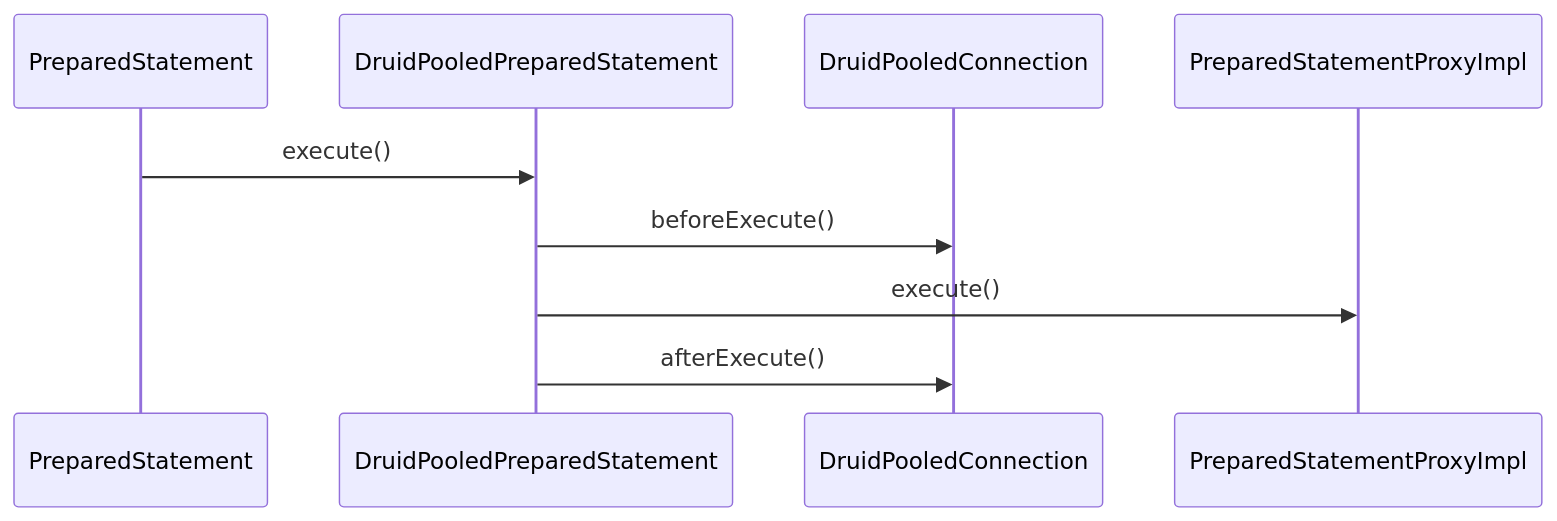
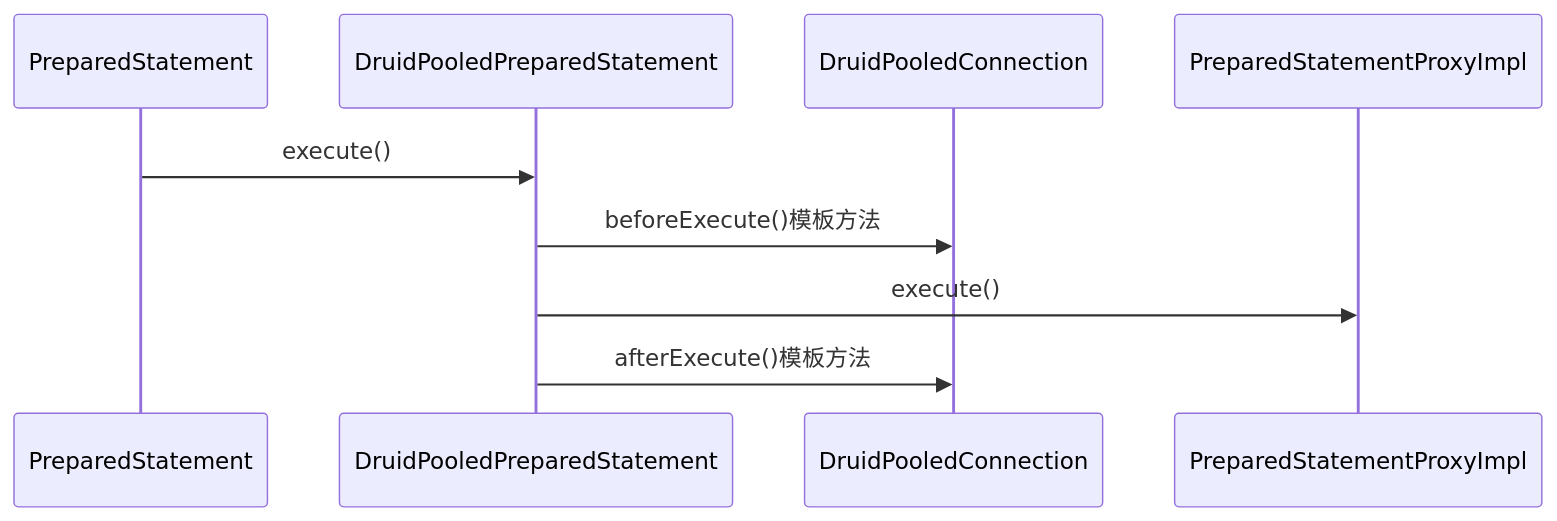
The second of 2 diagrams in docs/50-database/src/druid/pool/DruidPooledPreparedStatement.md (onlyonion/development), drawn with Mermaid before and after one commit. The commit also changed other lines of this file and 90 other files, not shown here.

````diff
--- a/docs/50-database/src/druid/pool/DruidPooledPreparedStatement.md
+++ b/docs/50-database/src/druid/pool/DruidPooledPreparedStatement.md
@@ -29,14 +46,14 @@
 ```mermaid
 sequenceDiagram
     %% 预编译语句执行
     PreparedStatement->>DruidPooledPreparedStatement:execute()
     
     %% 之前
-    DruidPooledPreparedStatement->>DruidPooledConnection:beforeExecute()
+    DruidPooledPreparedStatement->>DruidPooledConnection:beforeExecute()模板方法
     
     %% 代理执行
     DruidPooledPreparedStatement->>PreparedStatementProxyImpl:execute()
     
     %% 之后
-    DruidPooledPreparedStatement->>DruidPooledConnection:afterExecute()
+    DruidPooledPreparedStatement->>DruidPooledConnection:afterExecute()模板方法
 ```
````
